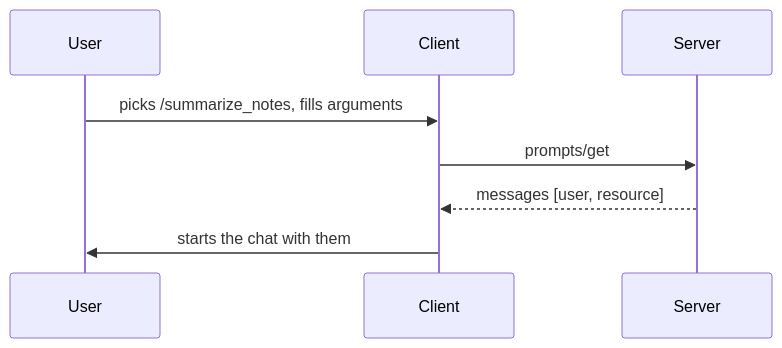
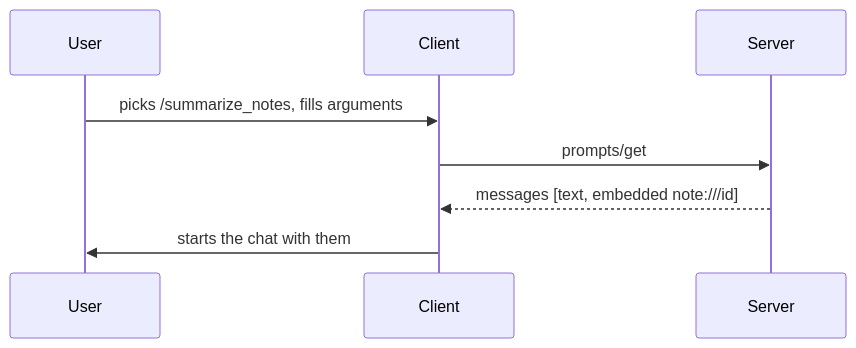
Diagram 17 of 19 in README.md (StevenCyb/GoMCP), drawn with Mermaid before and after one commit. The commit also changed other lines of this file and 20 other files, not shown here.

````diff
--- a/README.md
+++ b/README.md
@@ -644,10 +931,10 @@
 ```mermaid
 sequenceDiagram
     participant U as User
     participant C as Client
     participant S as Server
     U->>C: picks /summarize_notes, fills arguments
     C->>S: prompts/get
-    S-->>C: messages [user, resource]
+    S-->>C: messages [text, embedded note:///id]
     C->>U: starts the chat with them
 ```
````
